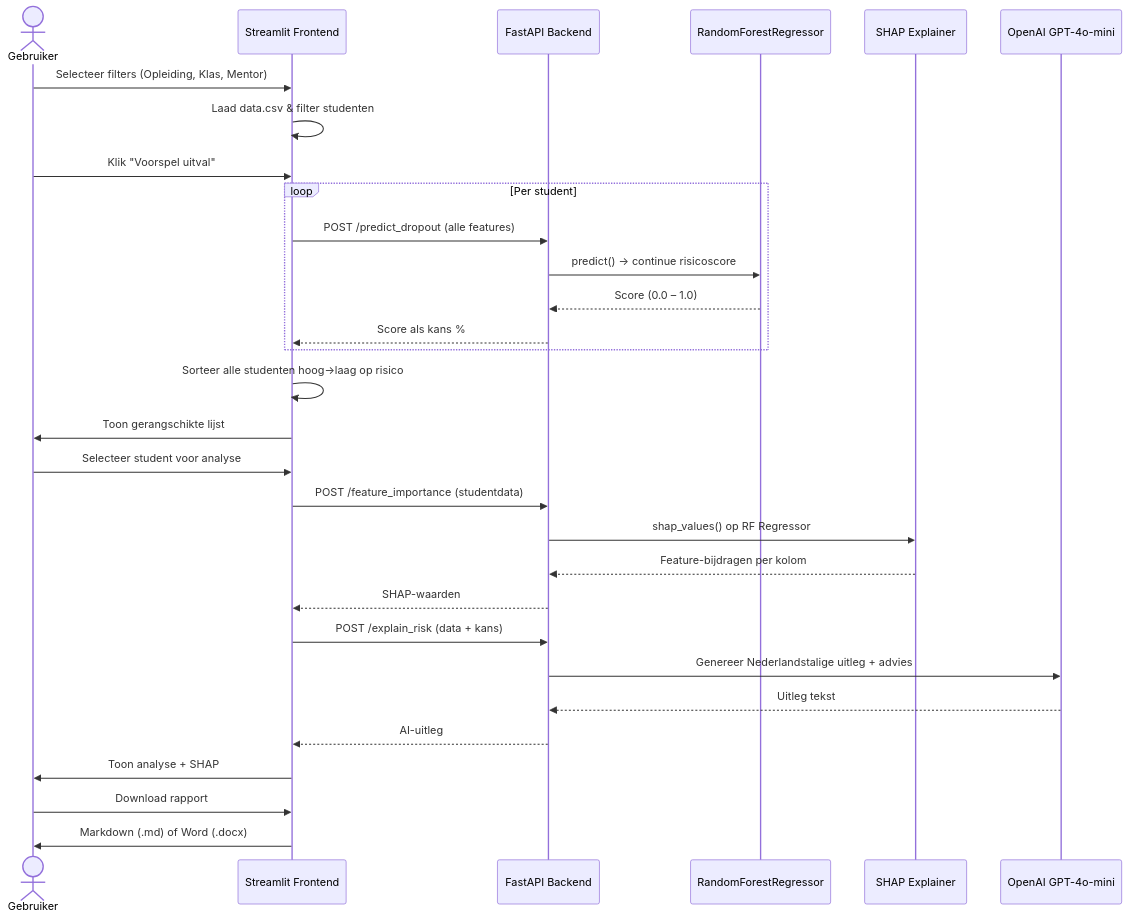
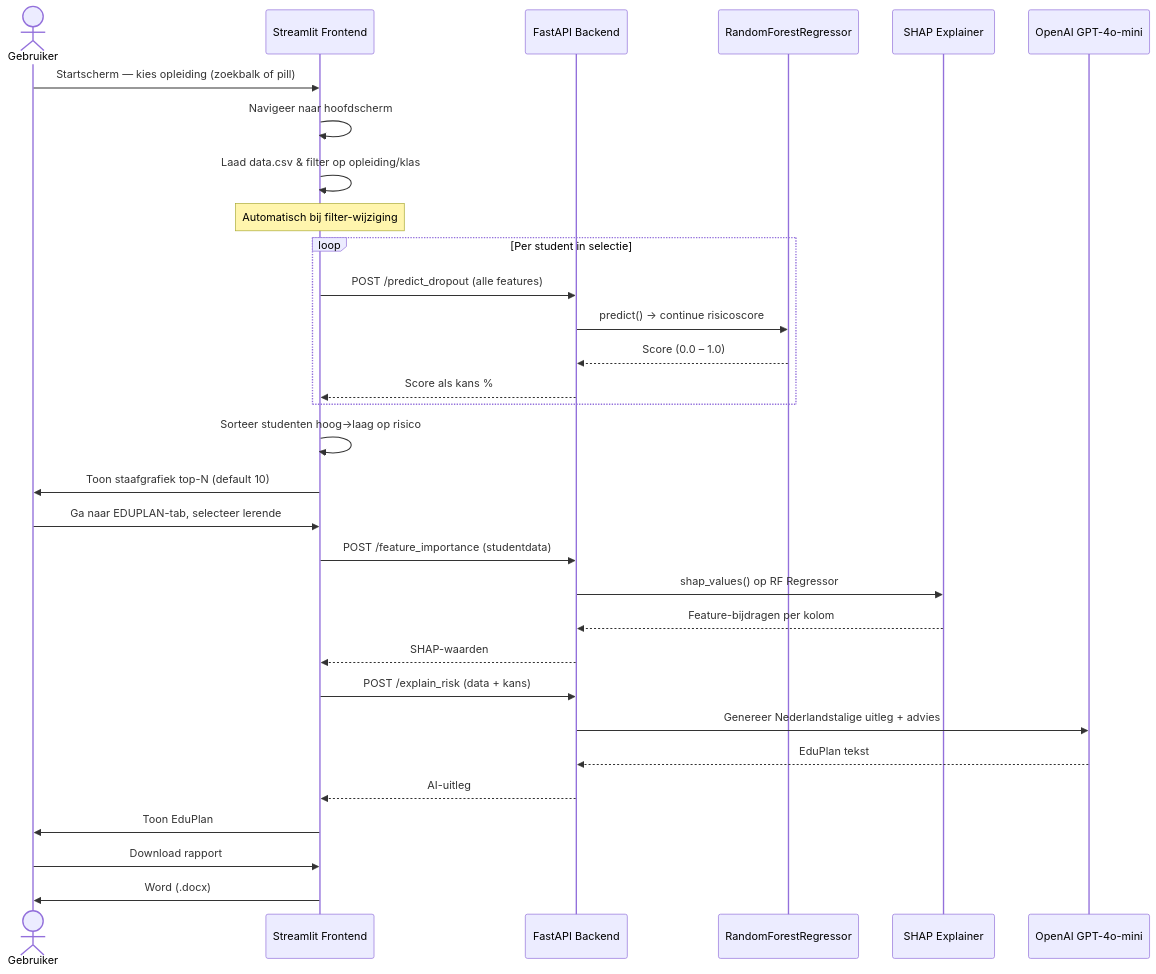
Before and after one commit to cedanl/Assistentie: the second of 2 diagrams in edupulse/docs/architectuur.md, drawn with Mermaid. The commit also changed other lines of this file and 10 other files, not shown here.

````diff
--- a/edupulse/docs/architectuur.md
+++ b/edupulse/docs/architectuur.md
@@ -54,38 +54,40 @@
 ```mermaid
 sequenceDiagram
     actor Gebruiker
     participant FE as Streamlit Frontend
     participant BE as FastAPI Backend
     participant RF as RandomForestRegressor
     participant SHAP as SHAP Explainer
     participant GPT as OpenAI GPT-4o-mini
 
-    Gebruiker->>FE: Selecteer filters (Opleiding, Klas, Mentor)
-    FE->>FE: Laad data.csv & filter studenten
+    Gebruiker->>FE: Startscherm — kies opleiding (zoekbalk of pill)
+    FE->>FE: Navigeer naar hoofdscherm
 
-    Gebruiker->>FE: Klik "Voorspel uitval"
-    loop Per student
+    FE->>FE: Laad data.csv & filter op opleiding/klas
+    note over FE: Automatisch bij filter-wijziging
+
+    loop Per student in selectie
         FE->>BE: POST /predict_dropout (alle features)
         BE->>RF: predict() → continue risicoscore
         RF-->>BE: Score (0.0 – 1.0)
         BE-->>FE: Score als kans %
     end
 
-    FE->>FE: Sorteer alle studenten hoog→laag op risico
-    FE->>Gebruiker: Toon gerangschikte lijst
+    FE->>FE: Sorteer studenten hoog→laag op risico
+    FE->>Gebruiker: Toon staafgrafiek top-N (default 10)
 
-    Gebruiker->>FE: Selecteer student voor analyse
+    Gebruiker->>FE: Ga naar EDUPLAN-tab, selecteer lerende
     FE->>BE: POST /feature_importance (studentdata)
     BE->>SHAP: shap_values() op RF Regressor
     SHAP-->>BE: Feature-bijdragen per kolom
     BE-->>FE: SHAP-waarden
 
     FE->>BE: POST /explain_risk (data + kans)
     BE->>GPT: Genereer Nederlandstalige uitleg + advies
-    GPT-->>BE: Uitleg tekst
+    GPT-->>BE: EduPlan tekst
     BE-->>FE: AI-uitleg
-    FE->>Gebruiker: Toon analyse + SHAP
+    FE->>Gebruiker: Toon EduPlan
 
     Gebruiker->>FE: Download rapport
-    FE->>Gebruiker: Markdown (.md) of Word (.docx)
+    FE->>Gebruiker: Word (.docx)
 ```
````
